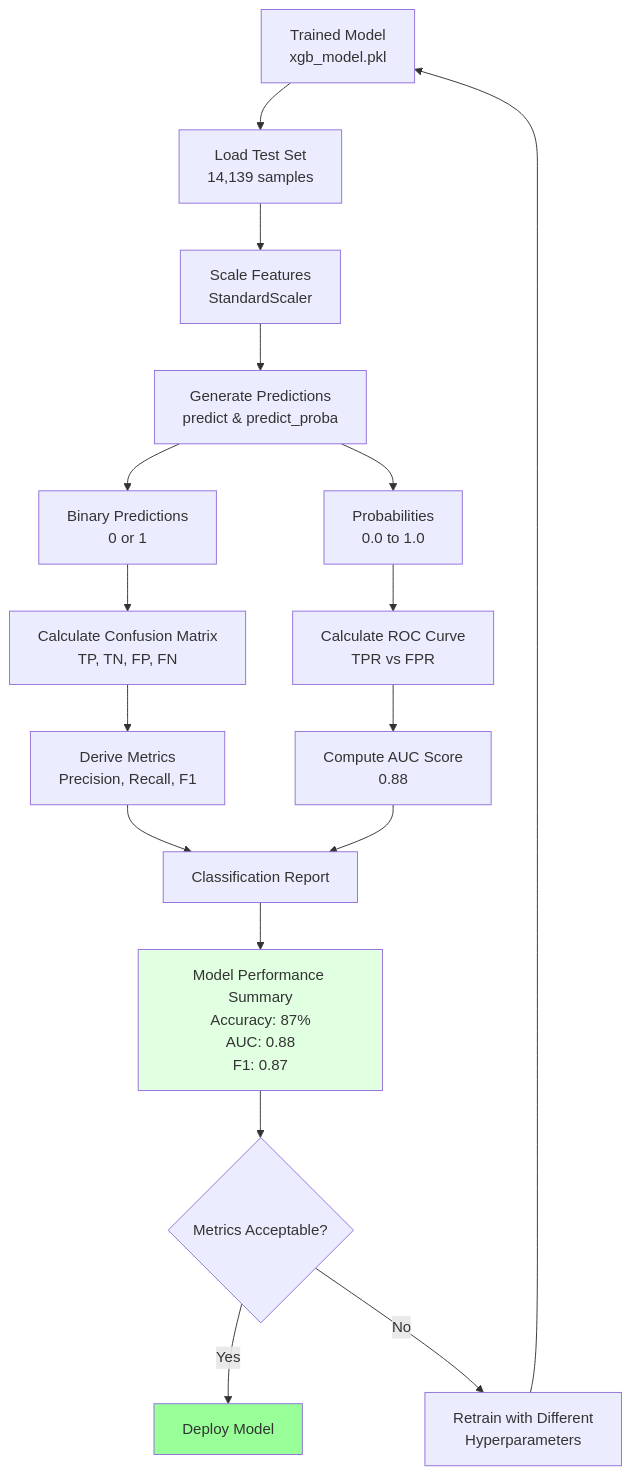
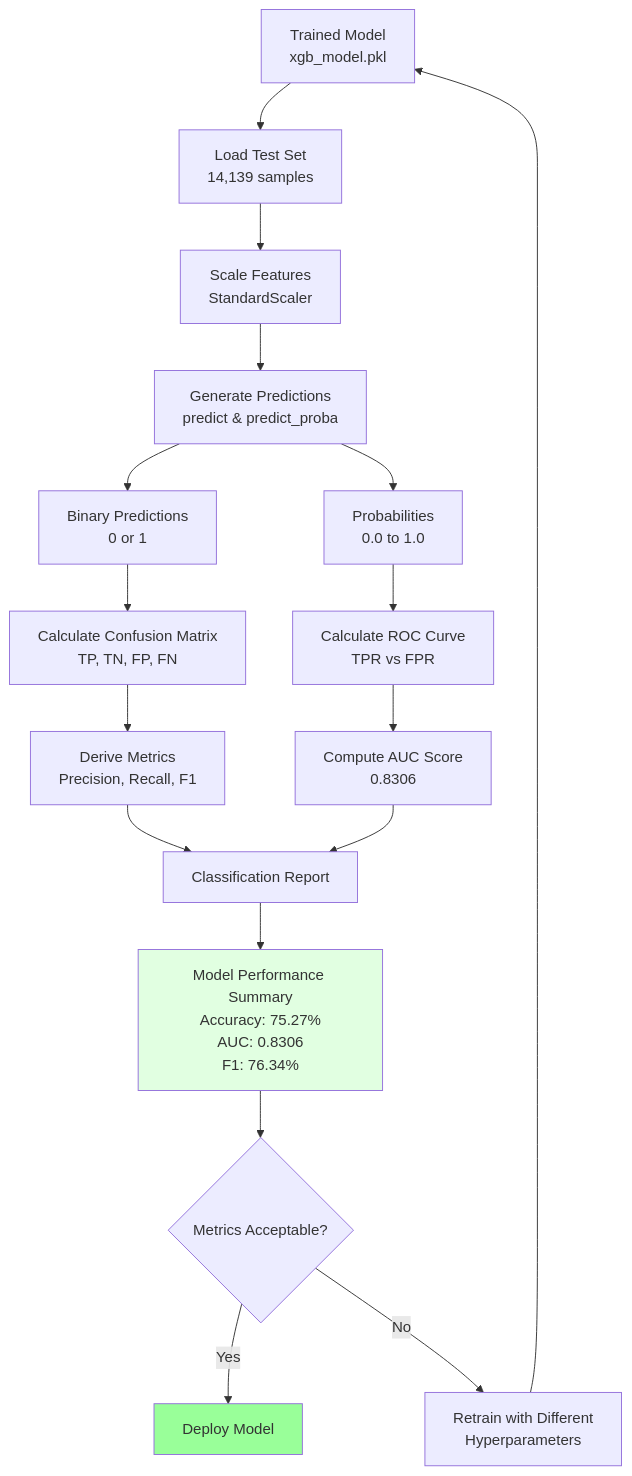
Diagram 13 of 14 in PROJECT_METHODOLOGY.md (SAMI-CODEAI/Diabeties), drawn with Mermaid before and after one commit. The commit also changed other lines of this file and 20 other files, not shown here.

````diff
--- a/PROJECT_METHODOLOGY.md
+++ b/PROJECT_METHODOLOGY.md
@@ -1147,29 +1147,29 @@
 ```mermaid
 flowchart TD
     A[Trained Model<br/>xgb_model.pkl] --> B[Load Test Set<br/>14,139 samples]
     
     B --> C[Scale Features<br/>StandardScaler]
     C --> D[Generate Predictions<br/>predict & predict_proba]
     
     D --> E[Binary Predictions<br/>0 or 1]
     D --> F[Probabilities<br/>0.0 to 1.0]
     
     E --> G[Calculate Confusion Matrix<br/>TP, TN, FP, FN]
     G --> H[Derive Metrics<br/>Precision, Recall, F1]
     
     F --> I[Calculate ROC Curve<br/>TPR vs FPR]
-    I --> J[Compute AUC Score<br/>0.88]
+    I --> J[Compute AUC Score<br/>0.8306]
     
     H --> K[Classification Report]
     J --> K
     
-    K --> L[Model Performance Summary<br/>Accuracy: 87%<br/>AUC: 0.88<br/>F1: 0.87]
+    K --> L[Model Performance Summary<br/>Accuracy: 75.27%<br/>AUC: 0.8306<br/>F1: 76.34%]
     
     L --> M{Metrics Acceptable?}
     M -->|Yes| N[Deploy Model]
     M -->|No| O[Retrain with Different<br/>Hyperparameters]
     O --> A
     
     style L fill:#e1ffe1
     style N fill:#99ff99
 ```
````
